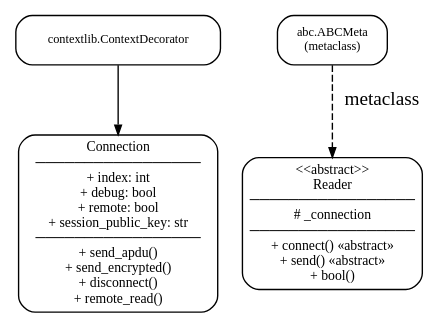
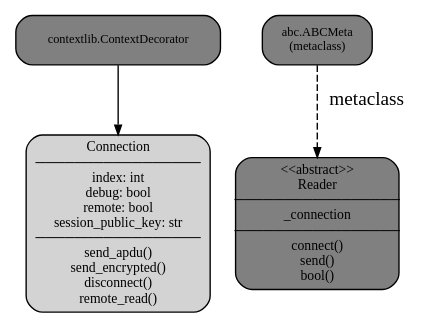
Before and after one commit to Cryptnox-Software/cryptnoxpy: the fourth of 8 diagrams in docs/class_diagrams.rst, drawn with Graphviz. The commit also changed other lines of this file and 1 other file, not shown here.

Commit message:
Added gray colors to class diagrams

```diff
--- a/docs/class_diagrams.rst
+++ b/docs/class_diagrams.rst
@@ -186,22 +186,22 @@
 .. graphviz::
    :caption: Connection and Reader classes
 
    digraph connection_components {
       rankdir=TB;
-      node [shape=box, style="rounded", fontsize=10, color=black, fontcolor=black];
+      node [shape=box, style="rounded,filled", fontsize=10, color=black, fontcolor=black, fillcolor=lightgray];
       edge [arrowsize=0.7, color=black];
       
       // Python base classes
-      ContextDecorator [label="contextlib.ContextDecorator", fontsize=9];
-      ABCMeta [label="abc.ABCMeta\n(metaclass)", fontsize=9];
+      ContextDecorator [label="contextlib.ContextDecorator", fontsize=9, fillcolor=gray];
+      ABCMeta [label="abc.ABCMeta\n(metaclass)", fontsize=9, fillcolor=gray];
       
       // Connection class
-      Connection [label="Connection\n─────────────────\n+ index: int\n+ debug: bool\n+ remote: bool\n+ session_public_key: str\n─────────────────\n+ send_apdu()\n+ send_encrypted()\n+ disconnect()\n+ remote_read()"];
+      Connection [label="Connection\n─────────────────\nindex: int\ndebug: bool\nremote: bool\nsession_public_key: str\n─────────────────\nsend_apdu()\nsend_encrypted()\ndisconnect()\nremote_read()"];
       
       // Reader abstract class
-      Reader [label="<<abstract>>\nReader\n─────────────────\n# _connection\n─────────────────\n+ connect() «abstract»\n+ send() «abstract»\n+ bool()"];
+      Reader [label="<<abstract>>\nReader\n─────────────────\n_connection\n─────────────────\nconnect()\nsend()\nbool()", fillcolor=gray];
       
       // Inheritance
       ContextDecorator -> Connection;
       ABCMeta -> Reader [style=dashed, label="metaclass"];
    }
```
